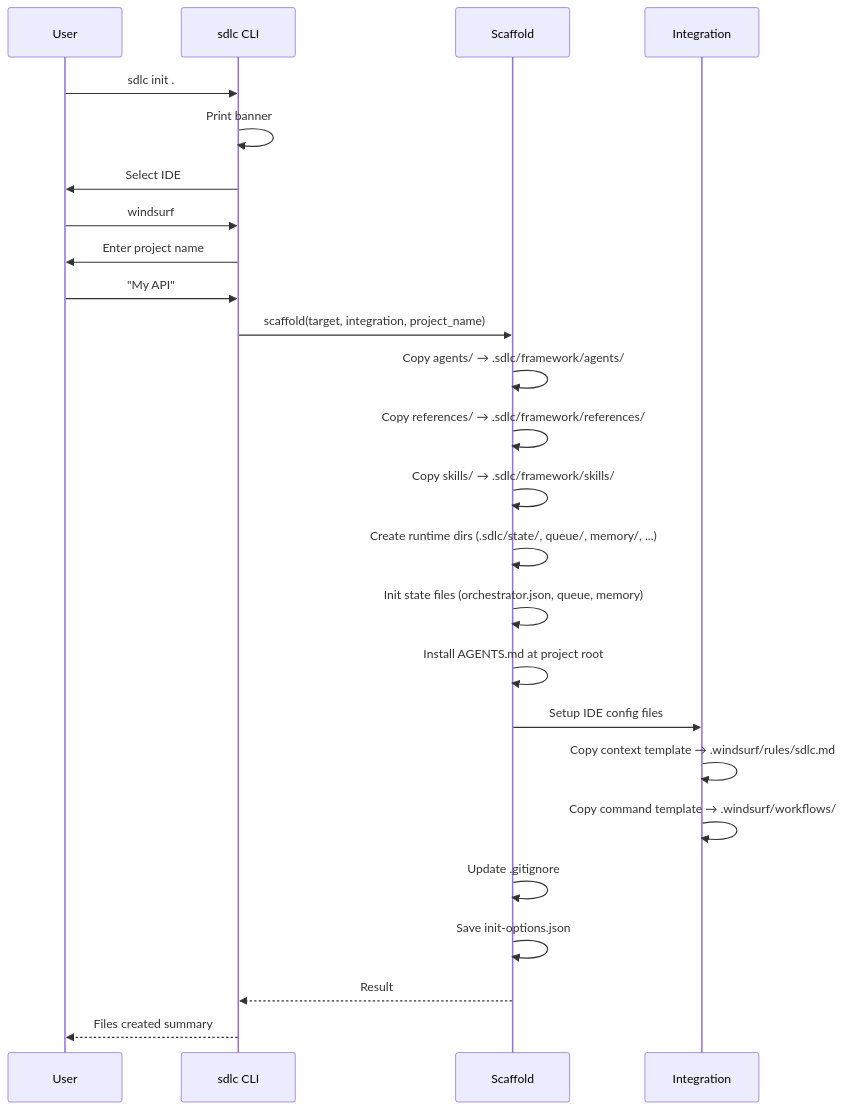
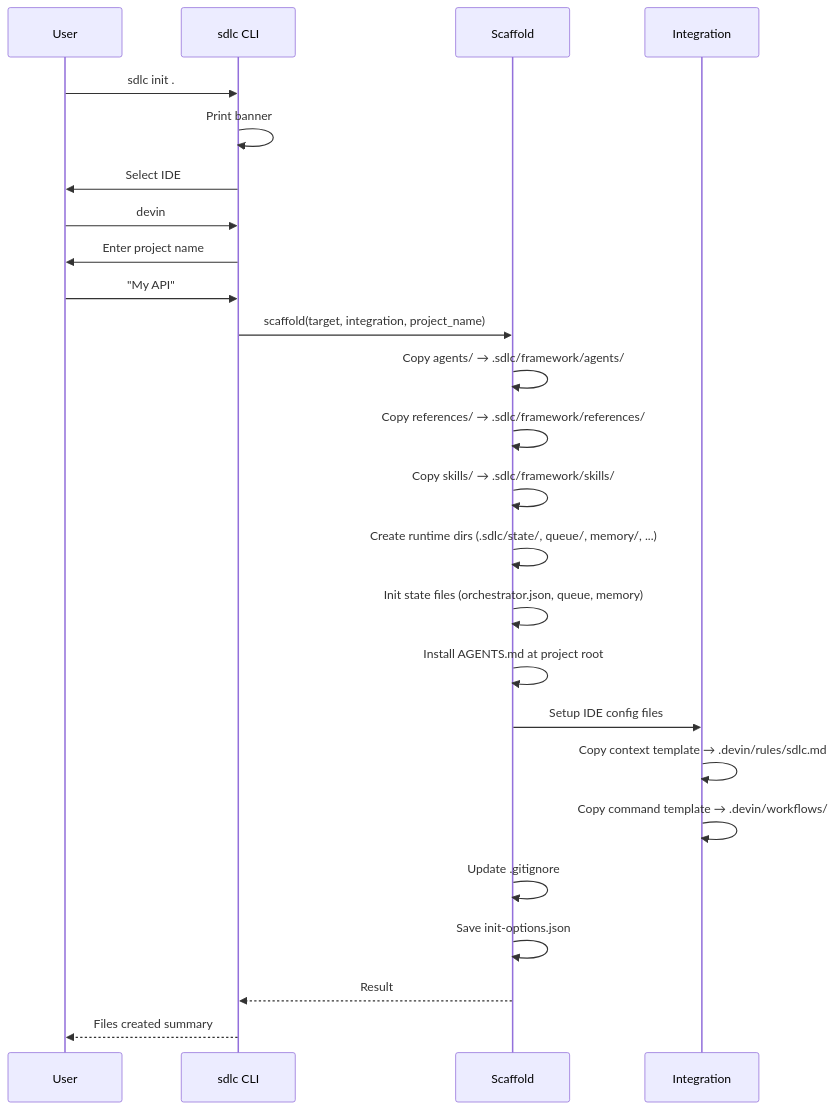
Before and after one commit to bitbitcodes/autonomous-sdlc: the fifth of 6 diagrams in docs/architecture.md, drawn with Mermaid. The commit also changed other lines of this file and 131 other files, not shown here.

````diff
--- a/docs/architecture.md
+++ b/docs/architecture.md
@@ -208,28 +208,28 @@
 ```mermaid
 sequenceDiagram
     participant User
     participant CLI as sdlc CLI
     participant Scaffold
     participant Integration
 
     User->>CLI: sdlc init .
     CLI->>CLI: Print banner
     CLI->>User: Select IDE
-    User->>CLI: windsurf
+    User->>CLI: devin
     CLI->>User: Enter project name
     User->>CLI: "My API"
     CLI->>Scaffold: scaffold(target, integration, project_name)
     Scaffold->>Scaffold: Copy agents/ → .sdlc/framework/agents/
     Scaffold->>Scaffold: Copy references/ → .sdlc/framework/references/
     Scaffold->>Scaffold: Copy skills/ → .sdlc/framework/skills/
     Scaffold->>Scaffold: Create runtime dirs (.sdlc/state/, queue/, memory/, ...)
     Scaffold->>Scaffold: Init state files (orchestrator.json, queue, memory)
     Scaffold->>Scaffold: Install AGENTS.md at project root
     Scaffold->>Integration: Setup IDE config files
-    Integration->>Integration: Copy context template → .windsurf/rules/sdlc.md
-    Integration->>Integration: Copy command template → .windsurf/workflows/
+    Integration->>Integration: Copy context template → .devin/rules/sdlc.md
+    Integration->>Integration: Copy command template → .devin/workflows/
     Scaffold->>Scaffold: Update .gitignore
     Scaffold->>Scaffold: Save init-options.json
     Scaffold-->>CLI: Result
     CLI-->>User: Files created summary
 ```
````
